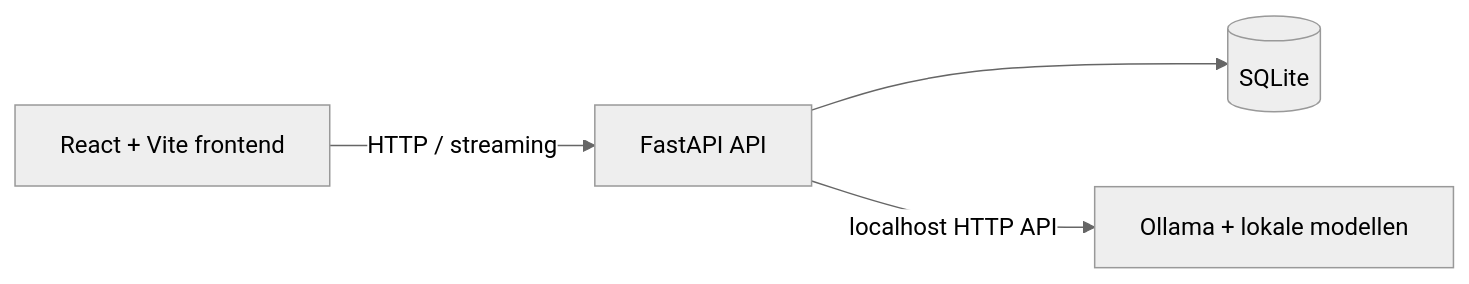
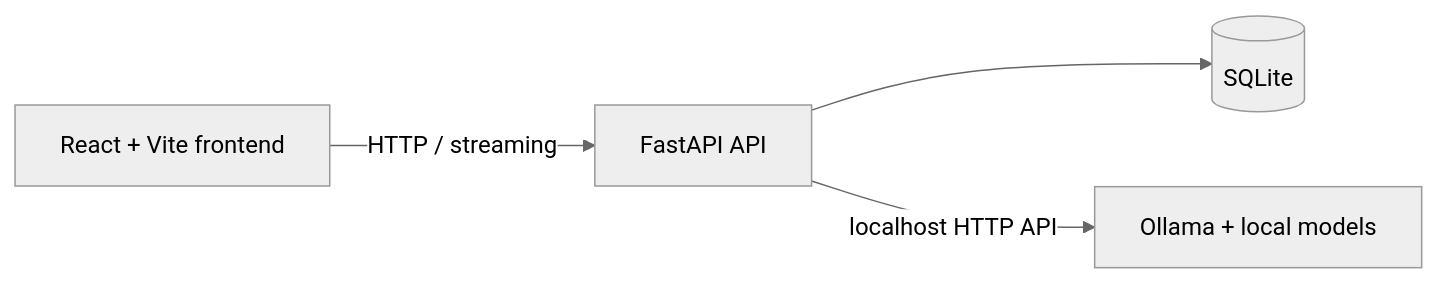
Before and after one commit to LukaG712/local-ai-control-center: the diagram in README.md, drawn with Mermaid (neutral theme). The commit also changed other lines of this file and 11 other files, not shown here.

````diff
--- a/README.md
+++ b/README.md
@@ -49,6 +50,6 @@
 ```mermaid
 flowchart LR
     Browser[React + Vite frontend] -->|HTTP / streaming| API[FastAPI API]
     API --> DB[(SQLite)]
-    API -->|localhost HTTP API| Ollama[Ollama + lokale modellen]
+    API -->|localhost HTTP API| Ollama[Ollama + local models]
 ```
````
